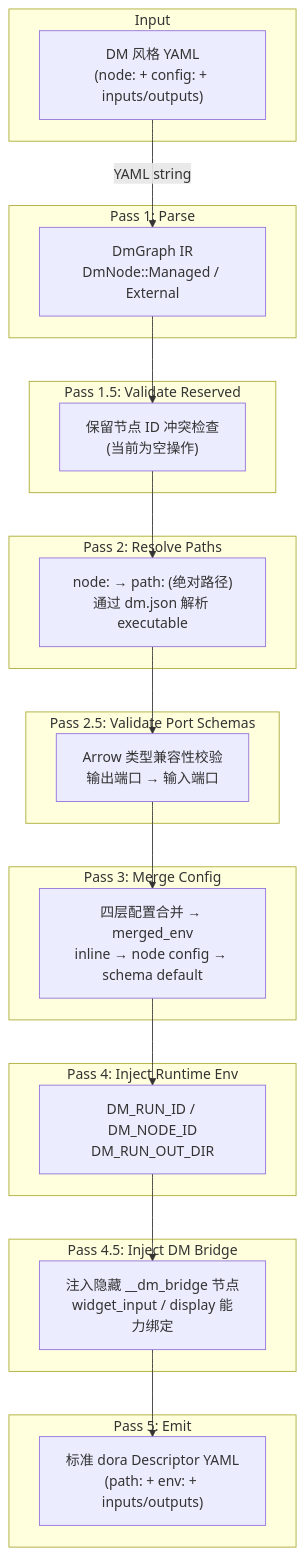
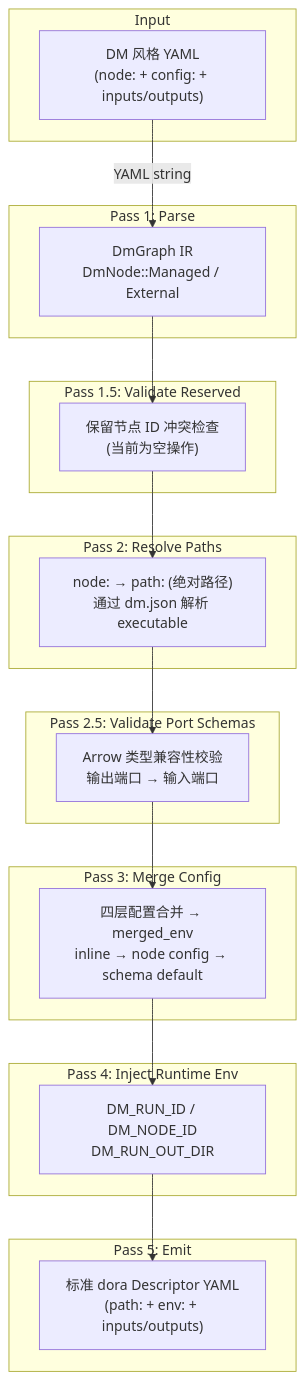
Before and after one commit to l1veIn/dora-manager: the first of 3 diagrams in wiki/zh/11-transpiler.md, drawn with Mermaid. The commit also changed other lines of this file and 29 other files, not shown here.

First line of the commit message:
docs: remove bridge references from wiki, update for SDK architecture

````diff
--- a/wiki/zh/11-transpiler.md
+++ b/wiki/zh/11-transpiler.md
@@ -9,47 +9,42 @@
 ```mermaid
 flowchart TD
     subgraph Input
         A["DM 风格 YAML<br/>(node: + config: + inputs/outputs)"]
     end
 
     subgraph "Pass 1: Parse"
         B["DmGraph IR<br/>DmNode::Managed / External"]
     end
 
     subgraph "Pass 1.5: Validate Reserved"
         C["保留节点 ID 冲突检查<br/>(当前为空操作)"]
     end
 
     subgraph "Pass 2: Resolve Paths"
         D["node: → path: (绝对路径)<br/>通过 dm.json 解析 executable"]
     end
 
     subgraph "Pass 2.5: Validate Port Schemas"
         E["Arrow 类型兼容性校验<br/>输出端口 → 输入端口"]
     end
 
     subgraph "Pass 3: Merge Config"
         F["四层配置合并 → merged_env<br/>inline → node config → schema default"]
     end
 
     subgraph "Pass 4: Inject Runtime Env"
         G["DM_RUN_ID / DM_NODE_ID<br/>DM_RUN_OUT_DIR"]
     end
 
-    subgraph "Pass 4.5: Inject DM Bridge"
-        G2["注入隐藏 __dm_bridge 节点<br/>widget_input / display 能力绑定"]
-    end
-
     subgraph "Pass 5: Emit"
         H["标准 dora Descriptor YAML<br/>(path: + env: + inputs/outputs)"]
     end
 
     A -->|"YAML string"| B
     B --> C
     C --> D
     D --> E
     E --> F
     F --> G
-    G --> G2
-    G2 --> H
+    G --> H
 ```
````
